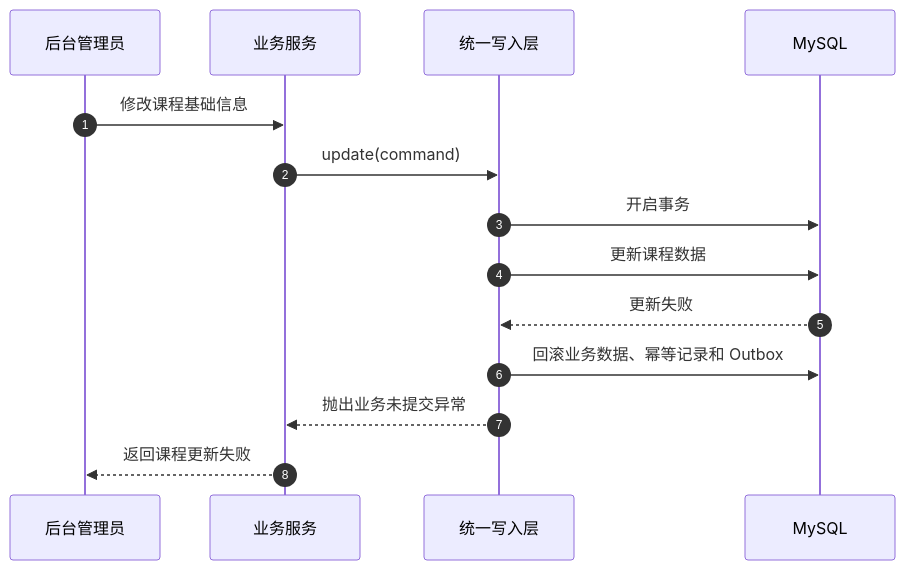
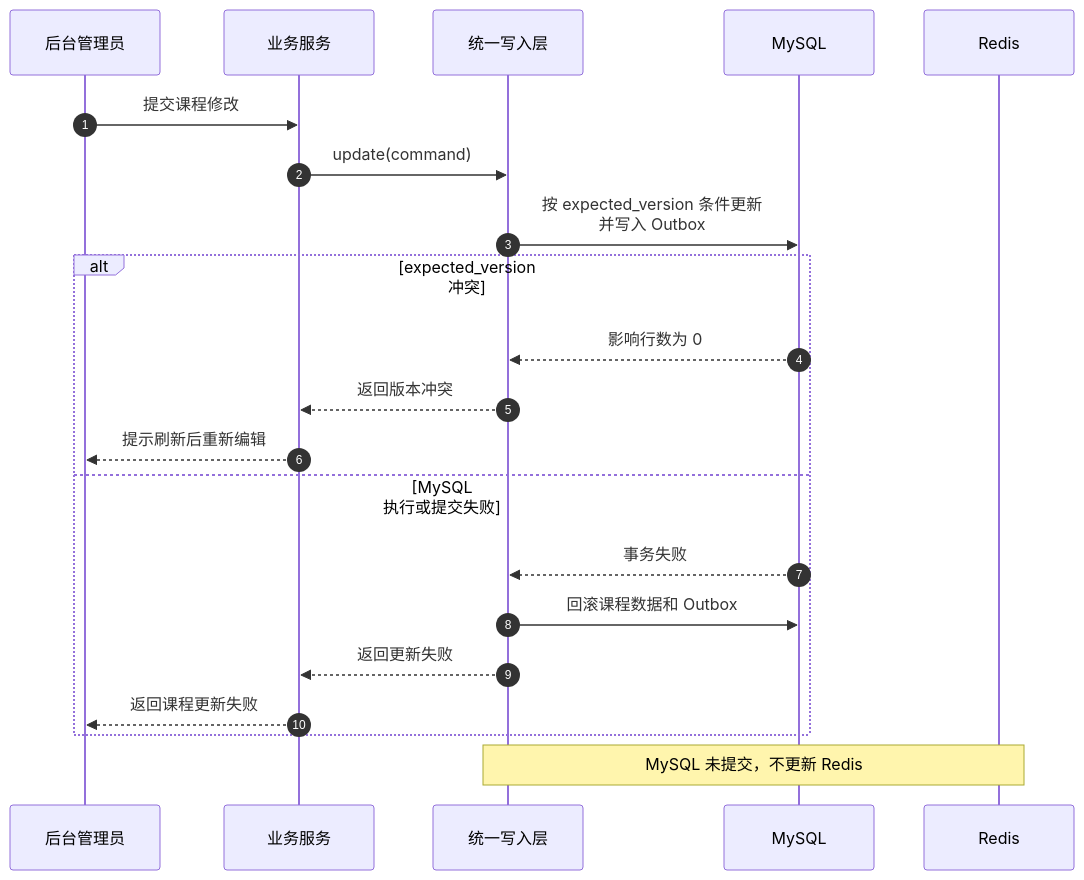
Diagram 19 of 28 in docs/redis/126-redis-4种缓存模式-分享版-极简版.md (zdl20251023-pixel/agent-frame), drawn with Mermaid before and after one commit. The commit also changed other lines of this file, not shown here.

Commit message:
redis 四大缓存模式 简化版本  简化3.3

````diff
--- a/docs/redis/126-redis-4种缓存模式-分享版-极简版.md
+++ b/docs/redis/126-redis-4种缓存模式-分享版-极简版.md
@@ -808,19 +899,27 @@
 ```mermaid
 sequenceDiagram
     autonumber
+
     participant Admin as 后台管理员
     participant Service as 业务服务
     participant Store as 统一写入层
     participant MySQL as MySQL
+    participant Redis as Redis
 
-    Admin->>Service: 修改课程基础信息
+    Admin->>Service: 提交课程修改
     Service->>Store: update(command)
+    Store->>MySQL: 按 expected_version 条件更新<br/>并写入 Outbox
 
-    Store->>MySQL: 开启事务
-    Store->>MySQL: 更新课程数据
-    MySQL-->>Store: 更新失败
+    alt expected_version 冲突
+        MySQL-->>Store: 影响行数为 0
+        Store-->>Service: 返回版本冲突
+        Service-->>Admin: 提示刷新后重新编辑
+    else MySQL 执行或提交失败
+        MySQL-->>Store: 事务失败
+        Store->>MySQL: 回滚课程数据和 Outbox
+        Store-->>Service: 返回更新失败
+        Service-->>Admin: 返回课程更新失败
+    end
 
-    Store->>MySQL: 回滚业务数据、幂等记录和 Outbox
-    Store-->>Service: 抛出业务未提交异常
-    Service-->>Admin: 返回课程更新失败
+    Note over Store,Redis: MySQL 未提交，不更新 Redis
 ```
````
